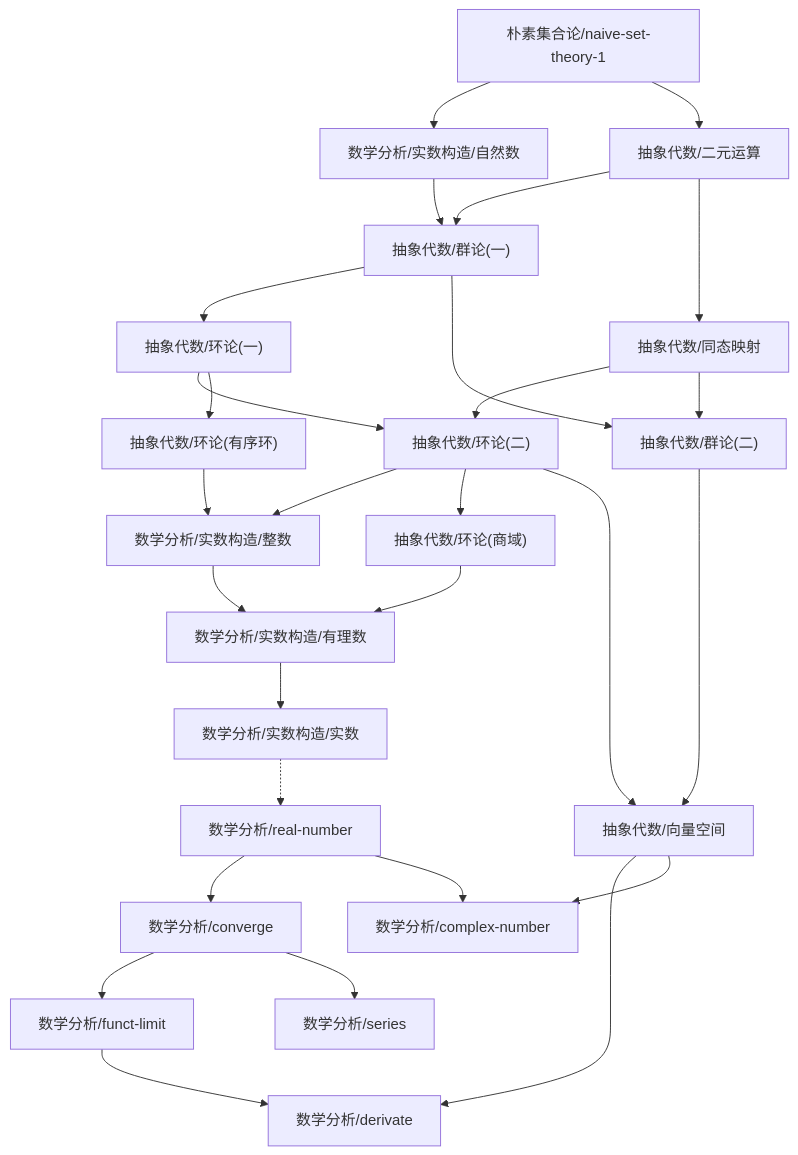
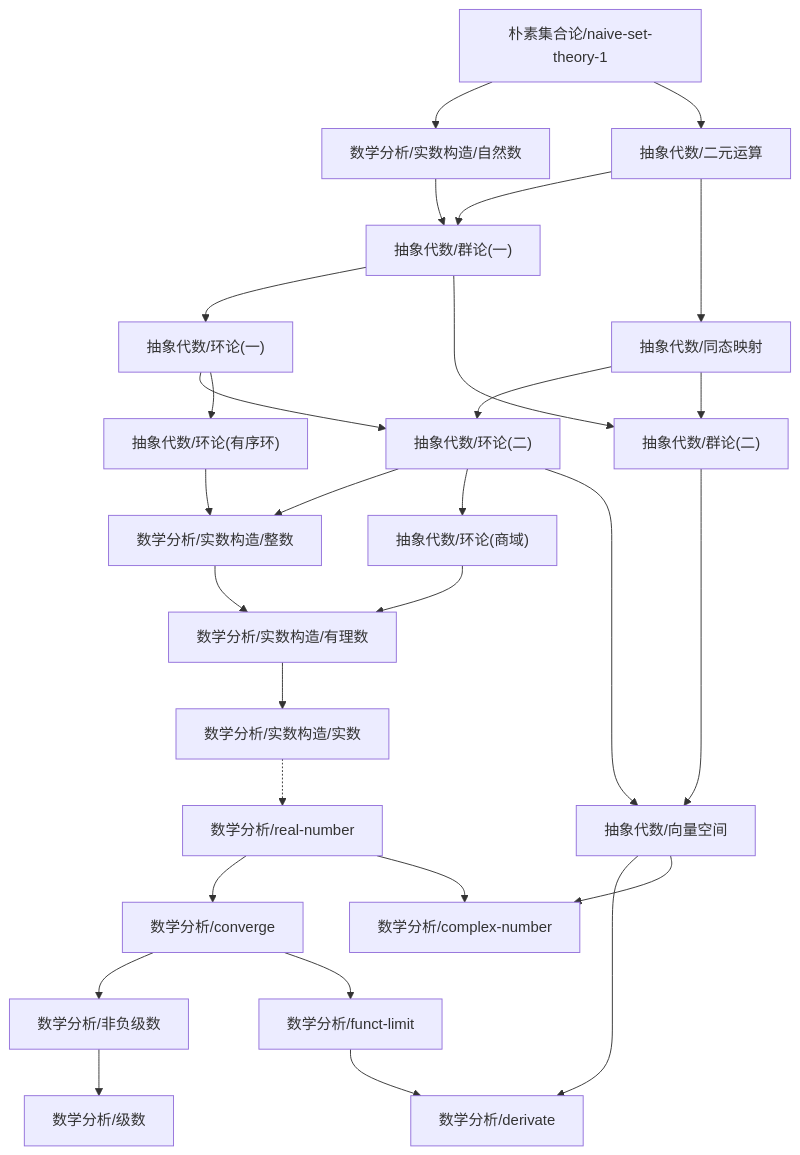
One commit to zeroDtree/zeroDtree.github.io changed the diagram in content/数学分析/dependency_graph.md. Above: the diagram before and after it, drawn with Mermaid. The commit also changed 7 other files, not shown here.

````diff
--- a/content/数学分析/dependency_graph.md
+++ b/content/数学分析/dependency_graph.md
@@ -1,30 +1,31 @@
 ```mermaid
 graph TD
-1["抽象代数/向量空间"] --> 0["数学分析/derivate"]
-2["数学分析/funct-limit"] --> 0["数学分析/derivate"]
-4["数学分析/real-number"] --> 3["数学分析/converge"]
-3["数学分析/converge"] --> 2["数学分析/funct-limit"]
-4["数学分析/real-number"] --> 6["数学分析/complex-number"]
-1["抽象代数/向量空间"] --> 6["数学分析/complex-number"]
-3["数学分析/converge"] --> 7["数学分析/series"]
-8["数学分析/实数构造/实数"] -.-> 4["数学分析/real-number"]
-9["数学分析/实数构造/有理数"] --> 8["数学分析/实数构造/实数"]
-10["数学分析/实数构造/整数"] --> 9["数学分析/实数构造/有理数"]
-11["抽象代数/环论(商域)"] --> 9["数学分析/实数构造/有理数"]
-13["朴素集合论/naive-set-theory-1"] --> 12["数学分析/实数构造/自然数"]
-14["抽象代数/环论(二)"] --> 10["数学分析/实数构造/整数"]
-15["抽象代数/环论(有序环)"] --> 10["数学分析/实数构造/整数"]
-16["抽象代数/环论(一)"] --> 14["抽象代数/环论(二)"]
-17["抽象代数/同态映射"] --> 14["抽象代数/环论(二)"]
-16["抽象代数/环论(一)"] --> 15["抽象代数/环论(有序环)"]
-18["抽象代数/群论(一)"] --> 16["抽象代数/环论(一)"]
-12["数学分析/实数构造/自然数"] --> 18["抽象代数/群论(一)"]
-19["抽象代数/二元运算"] --> 18["抽象代数/群论(一)"]
-13["朴素集合论/naive-set-theory-1"] --> 19["抽象代数/二元运算"]
-19["抽象代数/二元运算"] --> 17["抽象代数/同态映射"]
-14["抽象代数/环论(二)"] --> 11["抽象代数/环论(商域)"]
-20["抽象代数/群论(二)"] --> 1["抽象代数/向量空间"]
-14["抽象代数/环论(二)"] --> 1["抽象代数/向量空间"]
-18["抽象代数/群论(一)"] --> 20["抽象代数/群论(二)"]
-17["抽象代数/同态映射"] --> 20["抽象代数/群论(二)"]
+1["数学分析/非负级数"] --> 0["数学分析/级数"]
+3["抽象代数/向量空间"] --> 2["数学分析/derivate"]
+4["数学分析/funct-limit"] --> 2["数学分析/derivate"]
+6["数学分析/real-number"] --> 5["数学分析/converge"]
+5["数学分析/converge"] --> 1["数学分析/非负级数"]
+5["数学分析/converge"] --> 4["数学分析/funct-limit"]
+6["数学分析/real-number"] --> 8["数学分析/complex-number"]
+3["抽象代数/向量空间"] --> 8["数学分析/complex-number"]
+9["数学分析/实数构造/实数"] -.-> 6["数学分析/real-number"]
+10["数学分析/实数构造/有理数"] --> 9["数学分析/实数构造/实数"]
+11["数学分析/实数构造/整数"] --> 10["数学分析/实数构造/有理数"]
+12["抽象代数/环论(商域)"] --> 10["数学分析/实数构造/有理数"]
+14["朴素集合论/naive-set-theory-1"] --> 13["数学分析/实数构造/自然数"]
+15["抽象代数/环论(二)"] --> 11["数学分析/实数构造/整数"]
+16["抽象代数/环论(有序环)"] --> 11["数学分析/实数构造/整数"]
+17["抽象代数/环论(一)"] --> 15["抽象代数/环论(二)"]
+18["抽象代数/同态映射"] --> 15["抽象代数/环论(二)"]
+17["抽象代数/环论(一)"] --> 16["抽象代数/环论(有序环)"]
+19["抽象代数/群论(一)"] --> 17["抽象代数/环论(一)"]
+13["数学分析/实数构造/自然数"] --> 19["抽象代数/群论(一)"]
+20["抽象代数/二元运算"] --> 19["抽象代数/群论(一)"]
+14["朴素集合论/naive-set-theory-1"] --> 20["抽象代数/二元运算"]
+20["抽象代数/二元运算"] --> 18["抽象代数/同态映射"]
+15["抽象代数/环论(二)"] --> 12["抽象代数/环论(商域)"]
+21["抽象代数/群论(二)"] --> 3["抽象代数/向量空间"]
+15["抽象代数/环论(二)"] --> 3["抽象代数/向量空间"]
+19["抽象代数/群论(一)"] --> 21["抽象代数/群论(二)"]
+18["抽象代数/同态映射"] --> 21["抽象代数/群论(二)"]
 ```
````
